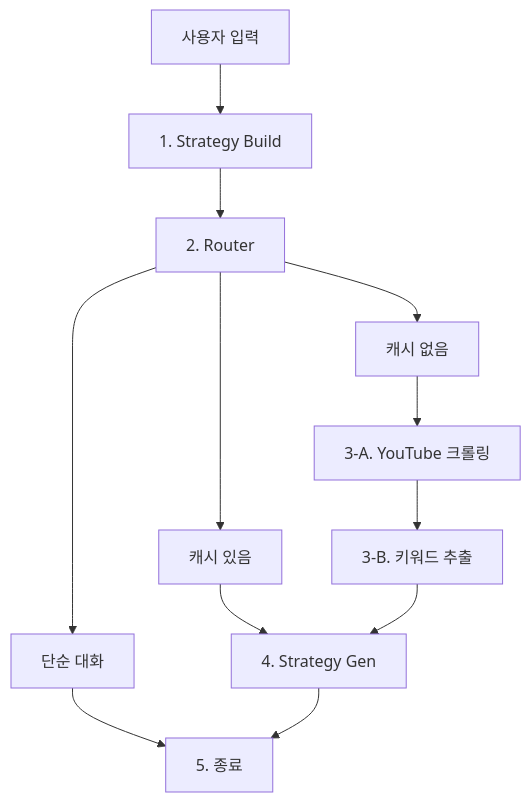
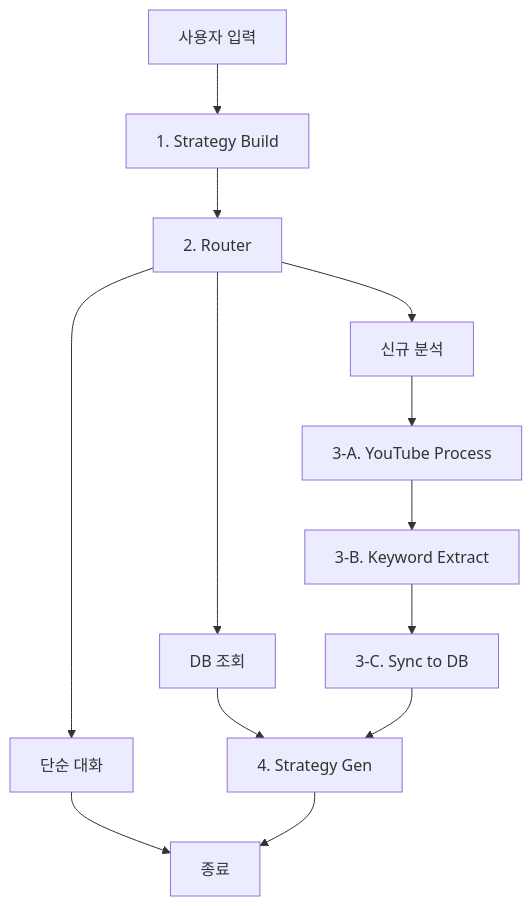
One commit to kwjj0820/Trend-Mirror changed the diagram in README.md. Above: the diagram before and after it, drawn with Mermaid. The commit also changed other lines of this file, not shown here.

````diff
--- a/README.md
+++ b/README.md
@@ -20,69 +17,19 @@
 ```mermaid
+graph TD;
+    Start[사용자 입력] --> StrategyBuild[1. Strategy Build];
+    StrategyBuild --> Router[2. Router];
+    
+    Router --> Chitchat[단순 대화];
+    Router --> CacheHit[DB 조회];
+    Router --> CacheMiss[신규 분석];
 
-
-
-graph TD;
-
-
-
-    Start[사용자 입력] --> StrategyBuild[1. Strategy Build];
-
-
-
-    StrategyBuild --> Router[2. Router];
-
-
-
+    Chitchat --> End[종료];
+    CacheHit --> StrategyGen[4. Strategy Gen];
     
-
-
-
-    Router --> Chitchat[단순 대화];
-
-
-
-    Router --> CacheHit[캐시 있음];
-
-
-
-    Router --> CacheMiss[캐시 없음];
-
-
-
-
-
-
-
-    Chitchat --> End[5. 종료];
-
-
-
-    CacheHit --> StrategyGen[4. Strategy Gen];
-
-
-
-    
-
-
-
-    CacheMiss --> YouTubeCrawling[3-A. YouTube 크롤링];
-
-
-
-    YouTubeCrawling --> KeywordExtraction[3-B. 키워드 추출];
-
-
-
-    KeywordExtraction --> StrategyGen;
-
-
-
-
-
-
+    CacheMiss --> YoutubeProcess[3-A. YouTube Process];
+    YoutubeProcess --> KeywordExtract[3-B. Keyword Extract];
+    KeywordExtract --> SyncToDB[3-C. Sync to DB];
+    SyncToDB --> StrategyGen;
 
     StrategyGen --> End;
-
-
-
 ```
````
